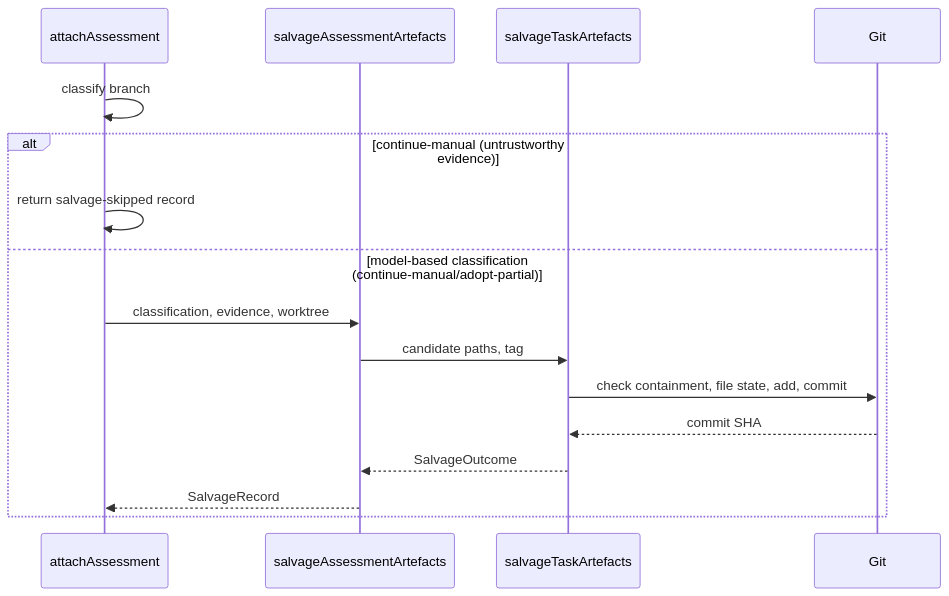
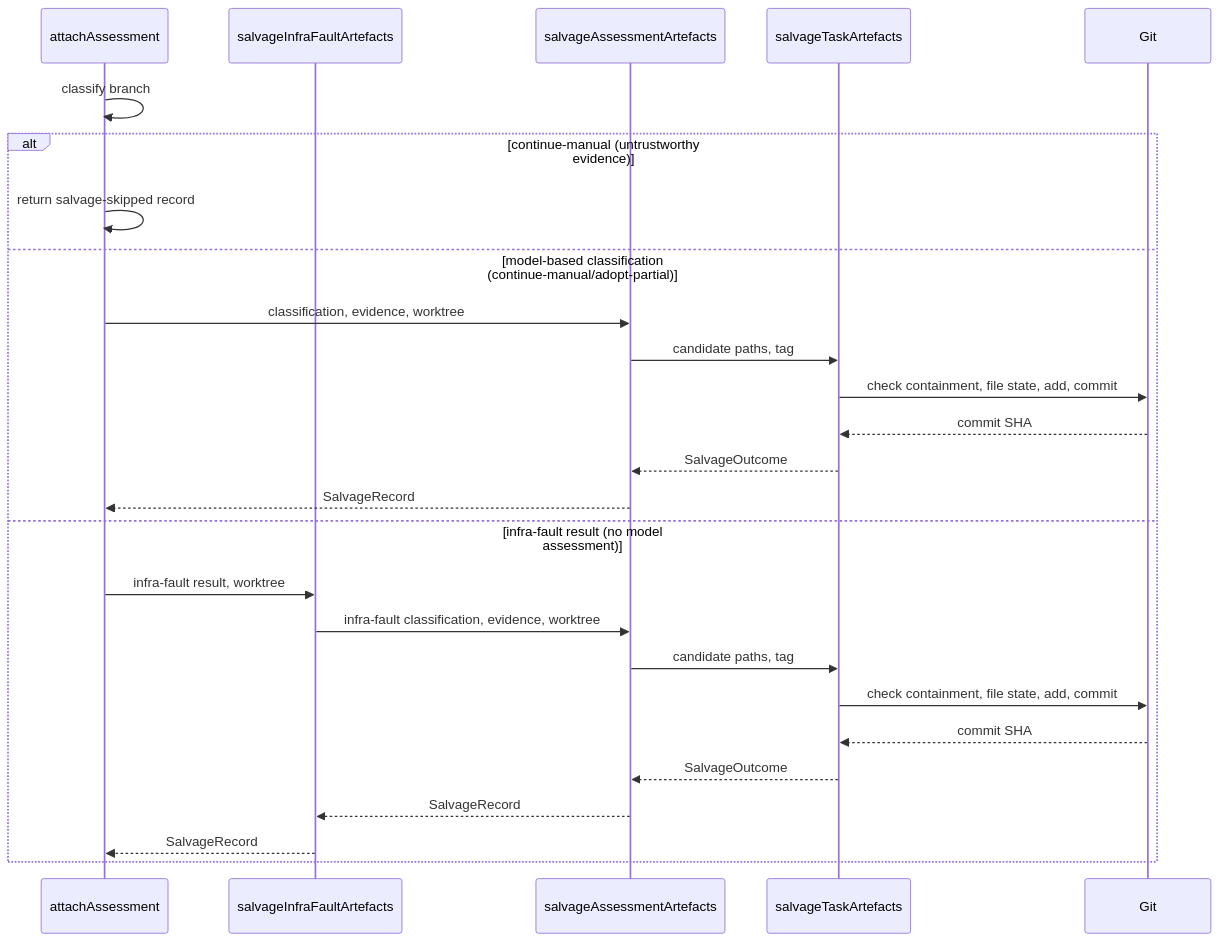
One commit to leynos/df12-build changed the diagram in docs/adr-002-assess-partial-task-branches.md. Above: the diagram before and after it, drawn with Mermaid. The commit also changed 2 other files, not shown here.

Commit message:
Extend the salvage diagram and tidy review nits
Address the latest review feedback:

- ADR-002 Figure 1: add the infra-fault branch to the Mermaid sequence and
  accDescr, showing attachAssessment routing an infra-fault result to
  salvageInfraFaultArtefacts, which delegates to salvageAssessmentArtefacts
  and returns the SalvageRecord — so the diagram matches runtime behaviour.
- docstring-coverage.mjs: simplify hasFileDocblock to a single leading-comment
  lookup from position 0, and give the checker's own functions JSDoc.
- ADR-002 ExecPlan addendum: drop the stray comma before "because".

The "module docblocks are still line comments" finding was already resolved
in f68a58e (the three files open with `/** @file */` blocks); no change.

````diff
--- a/docs/adr-002-assess-partial-task-branches.md
+++ b/docs/adr-002-assess-partial-task-branches.md
@@ -107,34 +107,48 @@
 ```mermaid
 sequenceDiagram
   accTitle: Artefact salvage during partial-branch assessment
   accDescr {
     attachAssessment first classifies the failed task branch. When the
     classification is a deterministic continue-manual raised on untrustworthy
     host evidence, attachAssessment returns a salvage-skipped record without
-    touching Git. Otherwise, for a model-based continue-manual or adopt-partial
+    touching Git. For a model-based continue-manual or adopt-partial
     classification, attachAssessment calls salvageAssessmentArtefacts with the
-    classification, the host evidence, and the worktree path. That function
-    calls salvageTaskArtefacts with the candidate artefact paths and a commit
-    tag. salvageTaskArtefacts checks path containment and file state, then adds
-    and commits the eligible docs/execplans artefacts to Git, which returns the
-    commit SHA. salvageTaskArtefacts returns a SalvageOutcome, and
-    salvageAssessmentArtefacts wraps it as a SalvageRecord back to
-    attachAssessment.
+    classification, the host evidence, and the worktree path. For an infra-fault
+    result that never reaches the model, attachAssessment instead calls
+    salvageInfraFaultArtefacts, which collects host evidence and delegates to
+    salvageAssessmentArtefacts under the infra-fault classification. In both
+    committing branches salvageAssessmentArtefacts calls salvageTaskArtefacts
+    with the candidate artefact paths and a commit tag; salvageTaskArtefacts
+    checks path containment and file state, then adds and commits the eligible
+    docs/execplans artefacts to Git, which returns the commit SHA.
+    salvageTaskArtefacts returns a SalvageOutcome, and salvageAssessmentArtefacts
+    wraps it as a SalvageRecord back to its caller — attachAssessment directly,
+    or via salvageInfraFaultArtefacts, which passes the record on.
   }
   participant attachAssessment
+  participant salvageInfraFaultArtefacts
   participant salvageAssessmentArtefacts
   participant salvageTaskArtefacts
   participant Git
 
   attachAssessment->>attachAssessment: classify branch
   alt continue-manual (untrustworthy evidence)
     attachAssessment->>attachAssessment: return salvage-skipped record
   else model-based classification (continue-manual/adopt-partial)
     attachAssessment->>salvageAssessmentArtefacts: classification, evidence, worktree
     salvageAssessmentArtefacts->>salvageTaskArtefacts: candidate paths, tag
     salvageTaskArtefacts->>Git: check containment, file state, add, commit
     Git-->>salvageTaskArtefacts: commit SHA
     salvageTaskArtefacts-->>salvageAssessmentArtefacts: SalvageOutcome
     salvageAssessmentArtefacts-->>attachAssessment: SalvageRecord
+  else infra-fault result (no model assessment)
+    attachAssessment->>salvageInfraFaultArtefacts: infra-fault result, worktree
+    salvageInfraFaultArtefacts->>salvageAssessmentArtefacts: infra-fault classification, evidence, worktree
+    salvageAssessmentArtefacts->>salvageTaskArtefacts: candidate paths, tag
+    salvageTaskArtefacts->>Git: check containment, file state, add, commit
+    Git-->>salvageTaskArtefacts: commit SHA
+    salvageTaskArtefacts-->>salvageAssessmentArtefacts: SalvageOutcome
+    salvageAssessmentArtefacts-->>salvageInfraFaultArtefacts: SalvageRecord
+    salvageInfraFaultArtefacts-->>attachAssessment: SalvageRecord
   end
 ```
````
